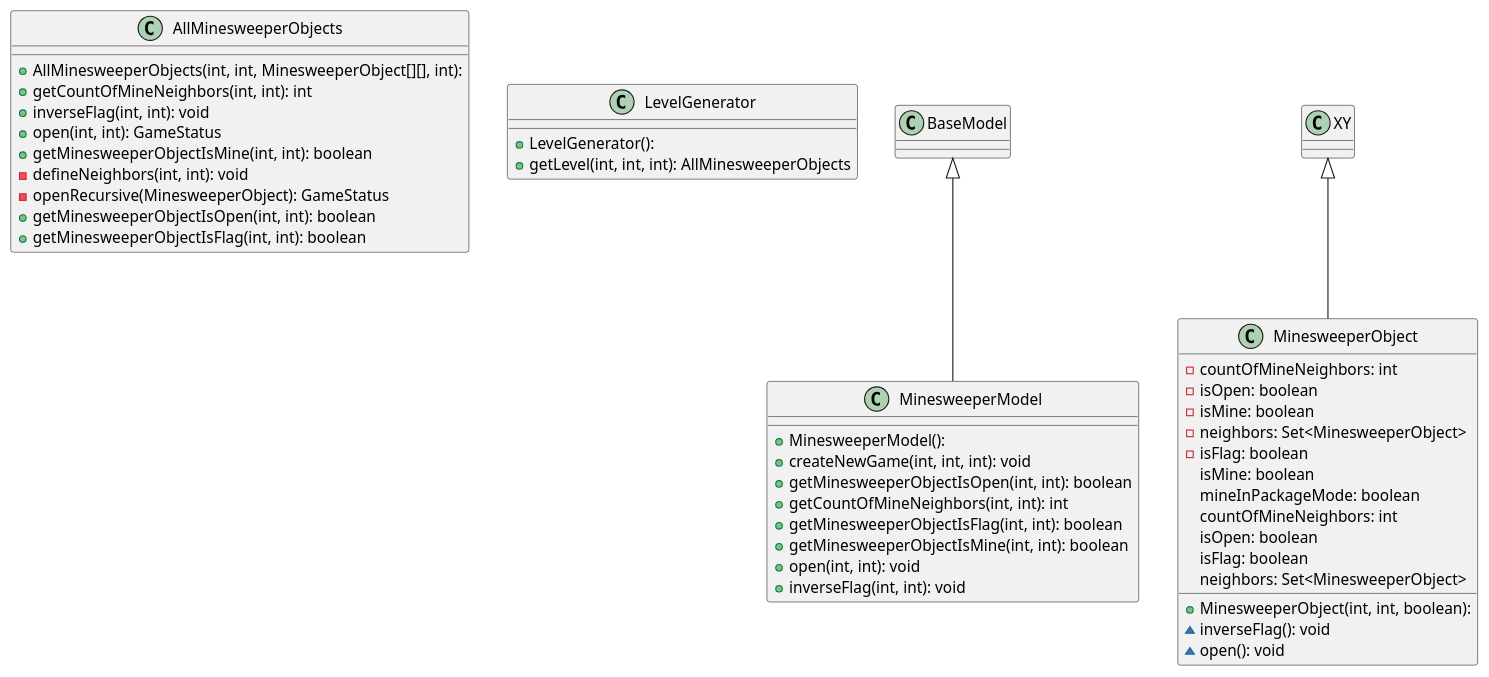
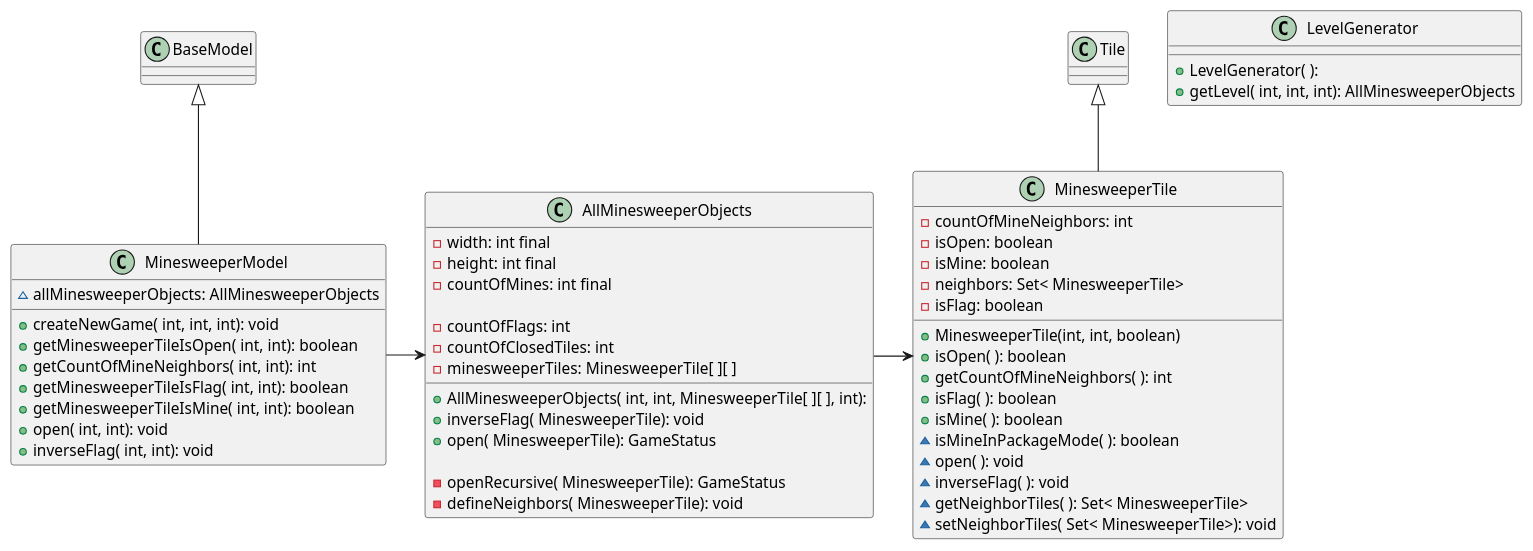
One commit to timmaxx/MultiVariantTileGames changed the diagram in MinesweeperModel/MinesweeperModel.puml. Above: the diagram before and after it, drawn with PlantUML. The commit also changed 5 other files, not shown here.

Commit message:
refactor names and add comments for minesweeper.model.gameobject

```diff
--- a/MinesweeperModel/MinesweeperModel.puml
+++ b/MinesweeperModel/MinesweeperModel.puml
@@ -1,53 +1,65 @@
 @startuml
 'https://plantuml.com/class-diagram
 
 '!theme plain
 top to bottom direction
 skinparam linetype ortho
 
-class AllMinesweeperObjects {
-  + AllMinesweeperObjects(int, int, MinesweeperObject[][], int):
-  + getCountOfMineNeighbors(int, int): int
-  + inverseFlag(int, int): void
-  + open(int, int): GameStatus
-  + getMinesweeperObjectIsMine(int, int): boolean
-  - defineNeighbors(int, int): void
-  - openRecursive(MinesweeperObject): GameStatus
-  + getMinesweeperObjectIsOpen(int, int): boolean
-  + getMinesweeperObjectIsFlag(int, int): boolean
-}
+class MinesweeperTile extends Tile {
+  + MinesweeperTile(int, int, boolean)
+  + isOpen( ): boolean
+  + getCountOfMineNeighbors( ): int
+  + isFlag( ): boolean
+  + isMine( ): boolean
 
-class LevelGenerator {
-  + LevelGenerator():
-  + getLevel(int, int, int): AllMinesweeperObjects
-}
-
-class MinesweeperModel extends BaseModel {
-  + MinesweeperModel():
-  + createNewGame(int, int, int): void
-  + getMinesweeperObjectIsOpen(int, int): boolean
-  + getCountOfMineNeighbors(int, int): int
-  + getMinesweeperObjectIsFlag(int, int): boolean
-  + getMinesweeperObjectIsMine(int, int): boolean
-  + open(int, int): void
-  + inverseFlag(int, int): void
-}
-
-class MinesweeperObject extends XY {
-  + MinesweeperObject(int, int, boolean):
   - countOfMineNeighbors: int
   - isOpen: boolean
   - isMine: boolean
-  - neighbors: Set<MinesweeperObject>
+  - neighbors: Set< MinesweeperTile>
   - isFlag: boolean
-  ~ inverseFlag(): void
-  ~ open(): void
-   isMine: boolean
-   mineInPackageMode: boolean
-   countOfMineNeighbors: int
-   isOpen: boolean
-   isFlag: boolean
-   neighbors: Set<MinesweeperObject>
+
+  ~ isMineInPackageMode( ): boolean
+  ~ open( ): void
+  ~ inverseFlag( ): void
+  ~ getNeighborTiles( ): Set< MinesweeperTile>
+  ~ setNeighborTiles( Set< MinesweeperTile>): void
 }
 
+class AllMinesweeperObjects {
+  - width: int final
+  - height: int final
+  - countOfMines: int final
+
+  - countOfFlags: int
+  - countOfClosedTiles: int
+  - minesweeperTiles: MinesweeperTile[ ][ ]
+
+  + AllMinesweeperObjects( int, int, MinesweeperTile[ ][ ], int):
+  + inverseFlag( MinesweeperTile): void
+  + open( MinesweeperTile): GameStatus
+
+  - openRecursive( MinesweeperTile): GameStatus
+  - defineNeighbors( MinesweeperTile): void
+}
+AllMinesweeperObjects -> MinesweeperTile
+
+class MinesweeperModel extends BaseModel {
+  ~ allMinesweeperObjects: AllMinesweeperObjects
+
+  + createNewGame( int, int, int): void
+  + getMinesweeperTileIsOpen( int, int): boolean
+  + getCountOfMineNeighbors( int, int): int
+  + getMinesweeperTileIsFlag( int, int): boolean
+  + getMinesweeperTileIsMine( int, int): boolean
+  + open( int, int): void
+  + inverseFlag( int, int): void
+}
+MinesweeperModel -> AllMinesweeperObjects
+
+class LevelGenerator {
+  + LevelGenerator( ):
+  + getLevel( int, int, int): AllMinesweeperObjects
+}
+
+
 @enduml
```
